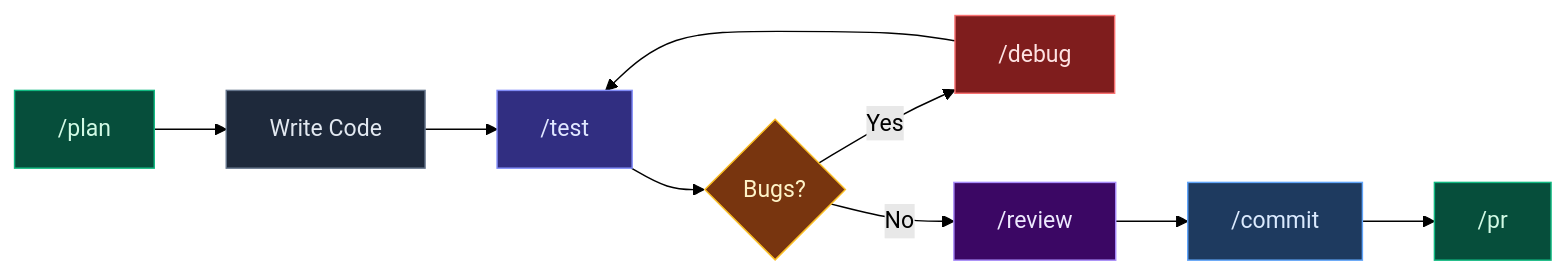
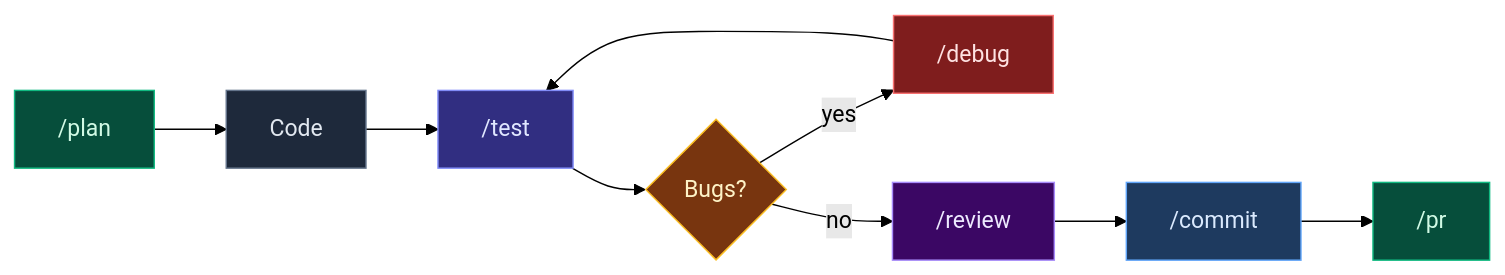
Before and after one commit to kensaurus/cursor-kenji: the second of 2 diagrams in README.md, drawn with Mermaid (forest theme). The commit also changed other lines of this file and 1 other file, not shown here.

````diff
--- a/README.md
+++ b/README.md
@@ -830,20 +155,20 @@
 ```mermaid
 flowchart LR
-  PLAN["/plan"] --> CODE["Write Code"]
+  PLAN["/plan"] --> CODE["Code"]
   CODE --> TEST["/test"]
   TEST --> DEBUG{Bugs?}
-  DEBUG -->|Yes| FIX["/debug"]
+  DEBUG -->|yes| FIX["/debug"]
   FIX --> TEST
-  DEBUG -->|No| REVIEW["/review"]
+  DEBUG -->|no| REVIEW["/review"]
   REVIEW --> COMMIT["/commit"]
   COMMIT --> PR["/pr"]
 
   style PLAN fill:#064e3b,stroke:#10b981,color:#d1fae5
   style CODE fill:#1e293b,stroke:#64748b,color:#e2e8f0
   style TEST fill:#312e81,stroke:#818cf8,color:#e0e7ff
   style DEBUG fill:#78350f,stroke:#fbbf24,color:#fef3c7
   style FIX fill:#7f1d1d,stroke:#f87171,color:#fee2e2
   style REVIEW fill:#3b0764,stroke:#a78bfa,color:#ede9fe
   style COMMIT fill:#1e3a5f,stroke:#60a5fa,color:#dbeafe
   style PR fill:#064e3b,stroke:#10b981,color:#d1fae5
 ```
````
